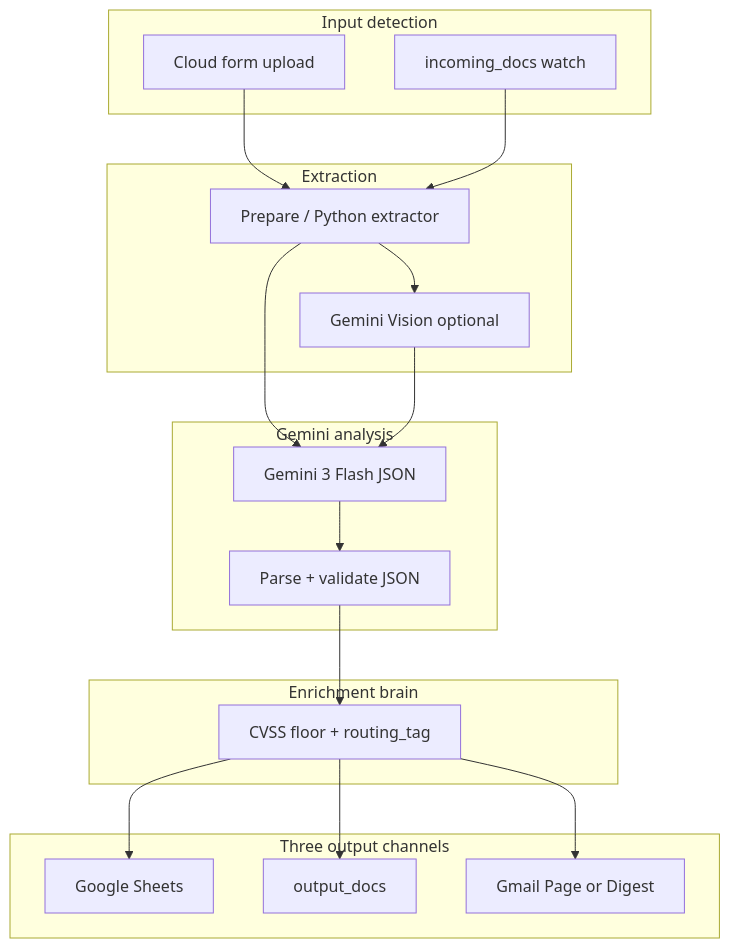
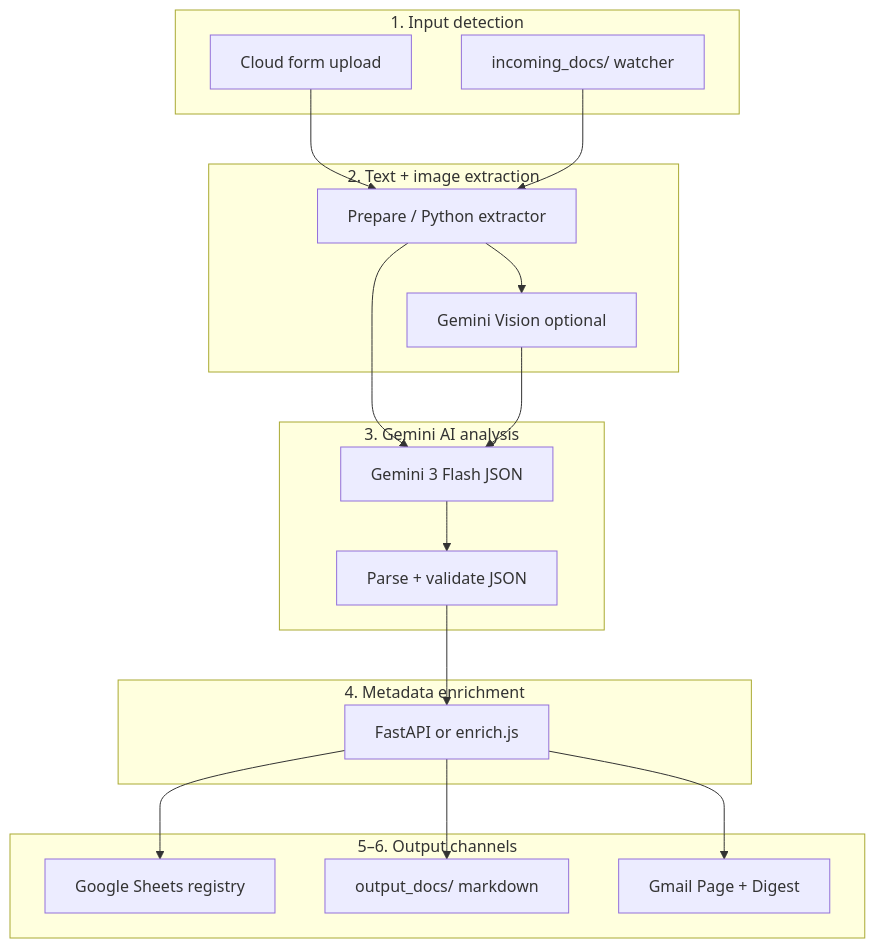
The diagram in README.md (reem-mor/hindsight), drawn with Mermaid before and after one commit. The commit also changed other lines of this file and 60 other files, not shown here.

````diff
--- a/README.md
+++ b/README.md
@@ -22,32 +37,32 @@
 ```mermaid
 flowchart TB
-  subgraph input [Input detection]
+  subgraph input [1. Input detection]
     Form[Cloud form upload]
-    Watch[incoming_docs watch]
+    Watch[incoming_docs/ watcher]
   end
-  subgraph extract [Extraction]
+  subgraph extract [2. Text + image extraction]
     Prep[Prepare / Python extractor]
     Vision[Gemini Vision optional]
   end
-  subgraph analyze [Gemini analysis]
+  subgraph analyze [3. Gemini AI analysis]
     Flash[Gemini 3 Flash JSON]
     Parse[Parse + validate JSON]
   end
-  subgraph decide [Enrichment brain]
-    Enrich[CVSS floor + routing_tag]
+  subgraph enrich [4. Metadata enrichment]
+    Brain[FastAPI or enrich.js]
   end
-  subgraph outputs [Three output channels]
-    Sheets[Google Sheets]
-    Files[output_docs]
-    Gmail[Gmail Page or Digest]
+  subgraph outputs [5–6. Output channels]
+    Sheets[Google Sheets registry]
+    Files[output_docs/ markdown]
+    Gmail[Gmail Page + Digest]
   end
   Form --> Prep
   Watch --> Prep
   Prep --> Vision
   Prep --> Flash
   Vision --> Flash
-  Flash --> Parse --> Enrich
-  Enrich --> Sheets
-  Enrich --> Files
-  Enrich --> Gmail
+  Flash --> Parse --> Brain
+  Brain --> Sheets
+  Brain --> Files
+  Brain --> Gmail
 ```
````
